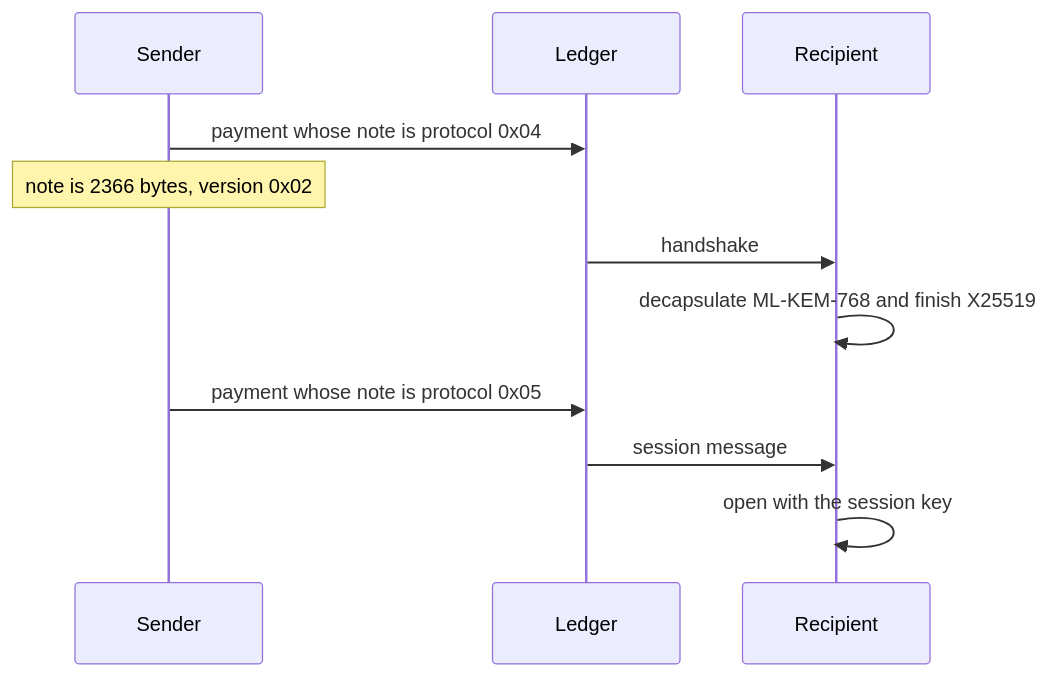
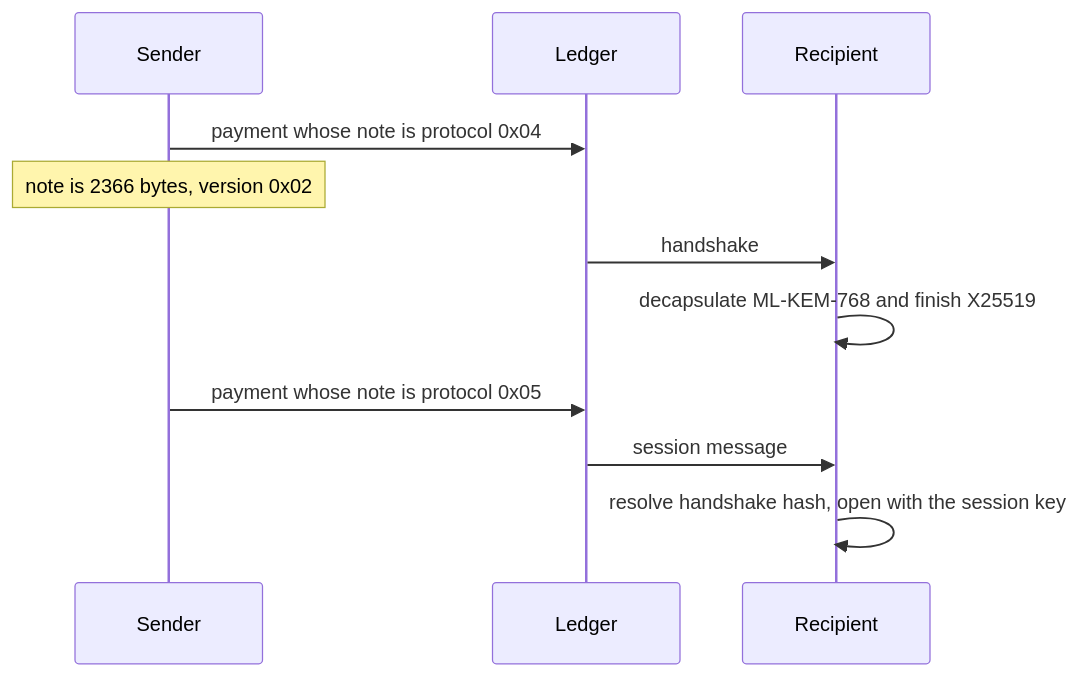
One commit to CorvidLabs/algochat changed diagram 11 of 15 in docs/HLD.md. Above: the diagram before and after it, drawn with Mermaid. The commit also changed other lines of this file and 116 other files, not shown here.

````diff
--- a/docs/HLD.md
+++ b/docs/HLD.md
@@ -361,13 +371,13 @@
 ```mermaid
 sequenceDiagram
     participant S as Sender
     participant L as Ledger
     participant R as Recipient
     S->>L: payment whose note is protocol 0x04
     Note over S: note is 2366 bytes, version 0x02
     L->>R: handshake
     R->>R: decapsulate ML-KEM-768 and finish X25519
     S->>L: payment whose note is protocol 0x05
     L->>R: session message
-    R->>R: open with the session key
+    R->>R: resolve handshake hash, open with the session key
 ```
````
